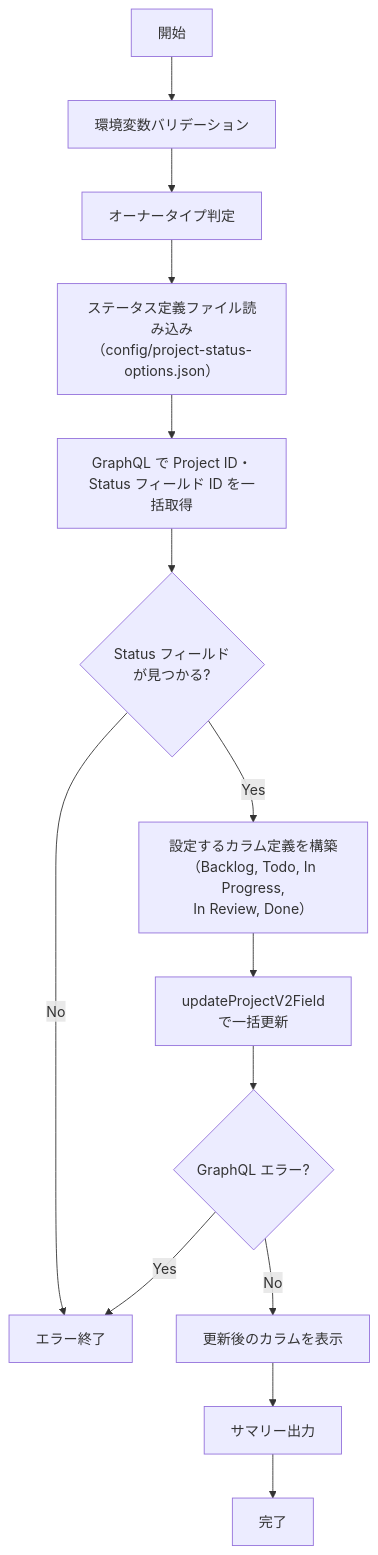
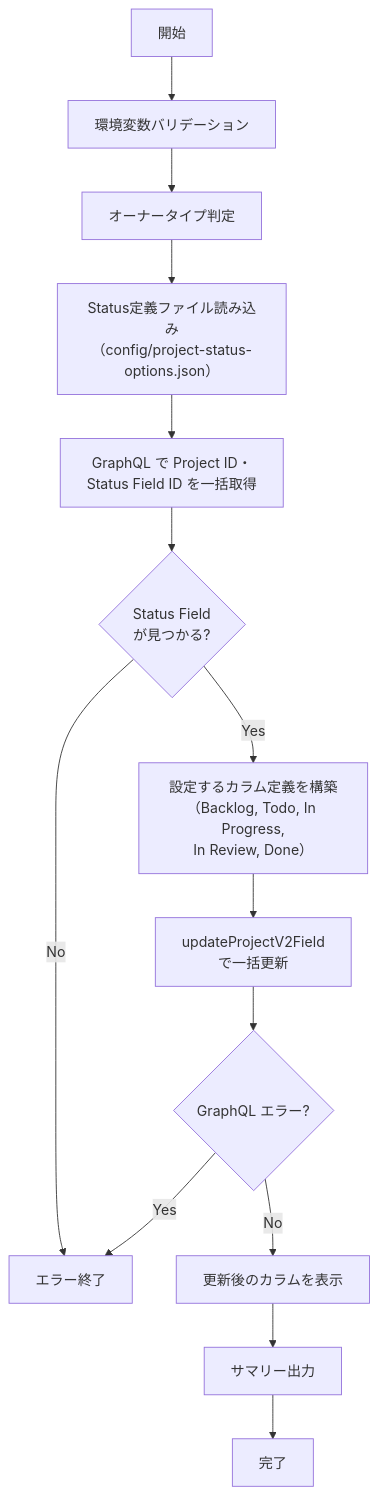
One commit to lurest-inc/github-projects-ops-kit changed the diagram in docs/scripts/setup-project-status.md. Above: the diagram before and after it, drawn with Mermaid. The commit also changed other lines of this file and 23 other files, not shown here.

First line of the commit message:
docs: ラベル→Label, アイテム→Item, ステータス→Status, フィールド→Field の表記ゆれを是正

````diff
--- a/docs/scripts/setup-project-status.md
+++ b/docs/scripts/setup-project-status.md
@@ -48,18 +48,18 @@
 ```mermaid
 flowchart TD
     A["開始"] --> B["環境変数バリデーション"]
     B --> C["オーナータイプ判定"]
-    C --> D["ステータス定義ファイル読み込み\n（config/project-status-options.json）"]
-    D --> E["GraphQL で Project ID・\nStatus フィールド ID を一括取得"]
+    C --> D["Status定義ファイル読み込み\n（config/project-status-options.json）"]
+    D --> E["GraphQL で Project ID・\nStatus Field ID を一括取得"]
 
-    E --> F{"Status フィールド\nが見つかる?"}
+    E --> F{"Status Field\nが見つかる?"}
     F -- "No" --> G["エラー終了"]
     F -- "Yes" --> H["設定するカラム定義を構築\n（Backlog, Todo, In Progress,\nIn Review, Done）"]
 
     H --> I["updateProjectV2Field\nで一括更新"]
     I --> J{"GraphQL エラー?"}
     J -- "Yes" --> G
     J -- "No" --> K["更新後のカラムを表示"]
     K --> L["サマリー出力"]
     L --> M["完了"]
 ```
````
